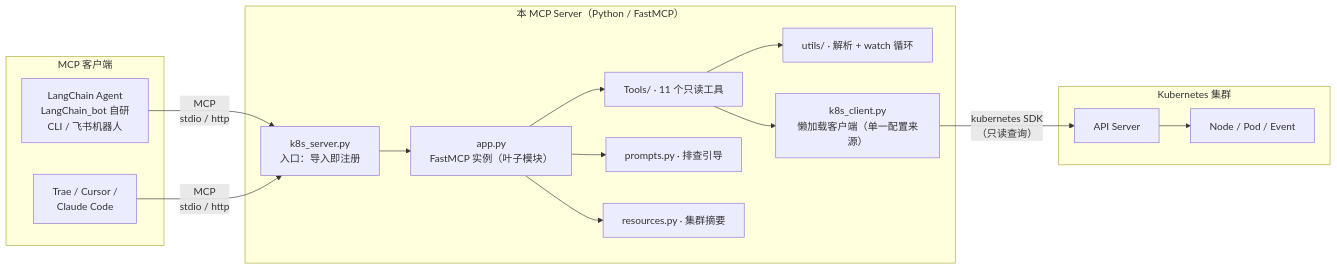
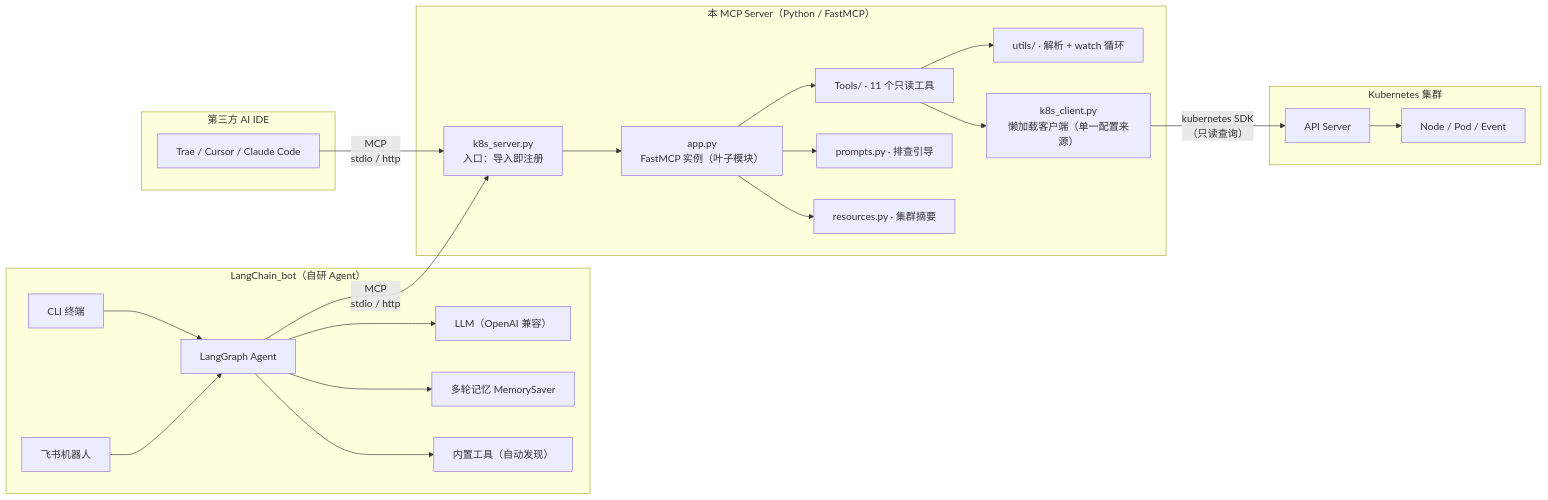
The diagram in README.md (zj-hub-coder/k8s-mcp-server), drawn with Mermaid before and after one commit.

Commit message:
优化 README 架构图与演示章节布局

````diff
--- a/README.md
+++ b/README.md
@@ -49,33 +29,46 @@
 ```mermaid
 flowchart LR
-    subgraph Clients["MCP 客户端"]
-        Agent["LangChain Agent<br/>LangChain_bot 自研<br/>CLI / 飞书机器人"]
-        IDE["Trae / Cursor /<br/>Claude Code"]
+    subgraph LB["LangChain_bot（自研 Agent）"]
+        CLI["CLI 终端"]
+        Lark["飞书机器人"]
+        LG["LangGraph Agent"]
+        LLM["LLM（OpenAI 兼容）"]
+        Mem["多轮记忆 MemorySaver"]
+        Builtin["内置工具（自动发现）"]
+    end
+
+    subgraph IDE["第三方 AI IDE"]
+        Trae["Trae / Cursor / Claude Code"]
     end
 
     subgraph Server["本 MCP Server（Python / FastMCP）"]
         Entry["k8s_server.py<br/>入口：导入即注册"]
         App["app.py<br/>FastMCP 实例（叶子模块）"]
         Tools["Tools/ · 11 个只读工具"]
         Prompts["prompts.py · 排查引导"]
         Resources["resources.py · 集群摘要"]
         Utils["utils/ · 解析 + watch 循环"]
         KC["k8s_client.py<br/>懒加载客户端（单一配置来源）"]
     end
 
     subgraph Cluster["Kubernetes 集群"]
         API["API Server"]
         Obj["Node / Pod / Event"]
     end
 
-    Agent -->|"MCP<br/>stdio / http"| Entry
-    IDE -->|"MCP<br/>stdio / http"| Entry
+    CLI --> LG
+    Lark --> LG
+    LG --> LLM
+    LG --> Mem
+    LG --> Builtin
+    LG -->|"MCP<br/>stdio / http"| Entry
+    Trae -->|"MCP<br/>stdio / http"| Entry
     Entry --> App
     App --> Tools
     App --> Prompts
     App --> Resources
     Tools --> Utils
     Tools --> KC
     KC -->|"kubernetes SDK<br/>（只读查询）"| API
     API --> Obj
 ```
````
